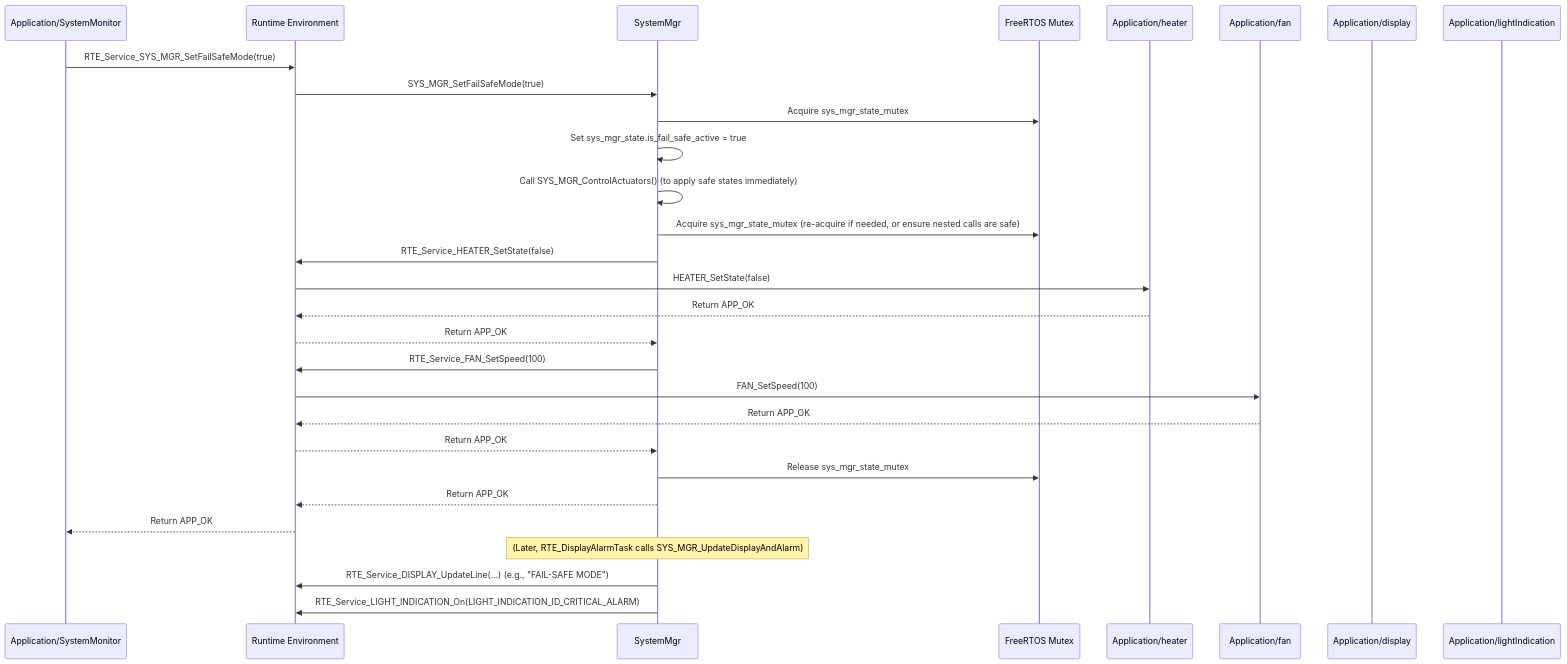
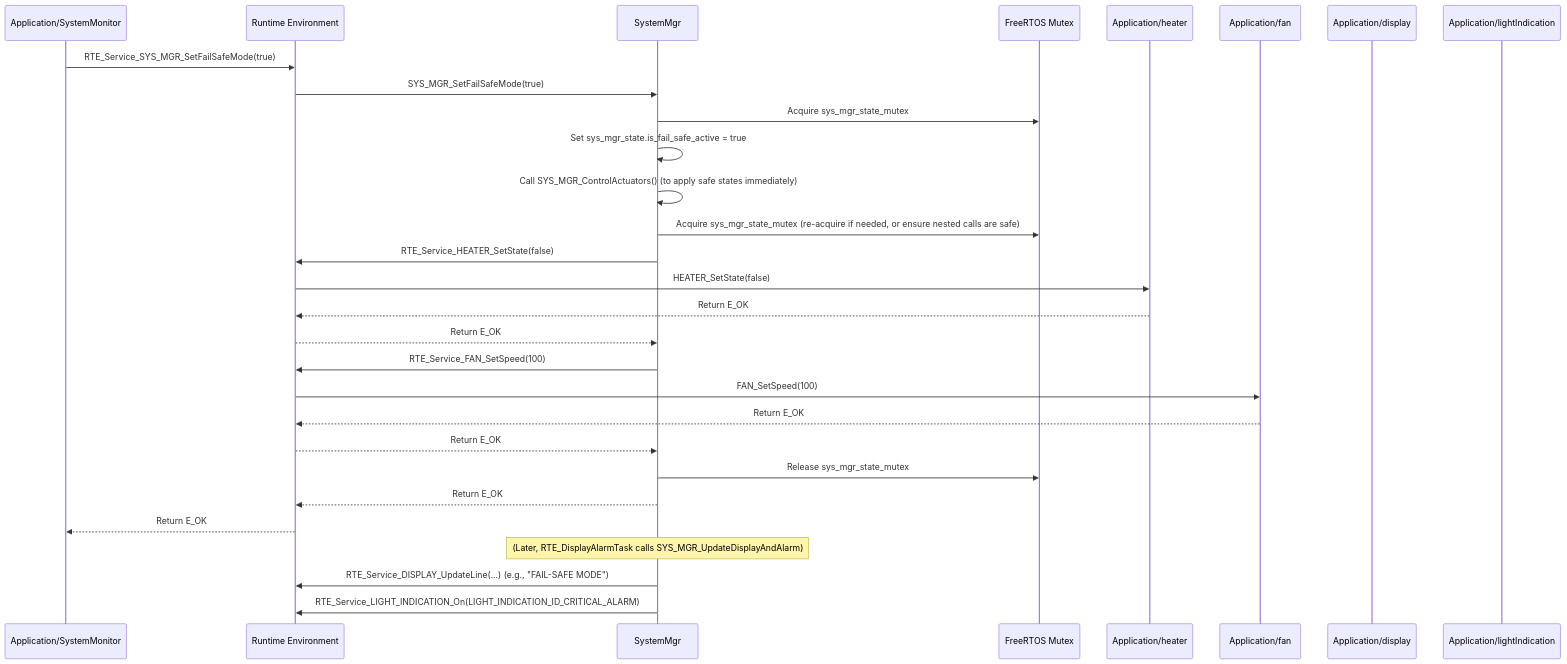
One commit to ashaker-2/Platform changed the diagram in Requiremets/Design/Application/SystemMgr.md. Above: the diagram before and after it, drawn with Mermaid. The commit also changed other lines of this file and 716 other files, not shown here.

````diff
--- a/Requiremets/Design/Application/SystemMgr.md
+++ b/Requiremets/Design/Application/SystemMgr.md
@@ -297,33 +297,33 @@
 ```mermaid
 sequenceDiagram  
     participant SystemMonitor as Application/SystemMonitor  
     participant RTE as Runtime Environment  
     participant SystemMgr as SystemMgr  
     participant SystemMgrMutex as FreeRTOS Mutex  
     participant Heater as Application/heater  
     participant Fan as Application/fan  
     participant Display as Application/display  
     participant LightIndication as Application/lightIndication
 
     SystemMonitor->>RTE: RTE_Service_SYS_MGR_SetFailSafeMode(true)  
     RTE->>SystemMgr: SYS_MGR_SetFailSafeMode(true)  
     SystemMgr->>SystemMgrMutex: Acquire sys_mgr_state_mutex  
     SystemMgr->>SystemMgr: Set sys_mgr_state.is_fail_safe_active = true  
     SystemMgr->>SystemMgr: Call SYS_MGR_ControlActuators() (to apply safe states immediately)  
     SystemMgr->>SystemMgrMutex: Acquire sys_mgr_state_mutex (re-acquire if needed, or ensure nested calls are safe)  
     SystemMgr->>RTE: RTE_Service_HEATER_SetState(false)  
     RTE->>Heater: HEATER_SetState(false)  
-    Heater-->>RTE: Return APP_OK  
-    RTE-->>SystemMgr: Return APP_OK  
+    Heater-->>RTE: Return E_OK  
+    RTE-->>SystemMgr: Return E_OK  
     SystemMgr->>RTE: RTE_Service_FAN_SetSpeed(100)  
     RTE->>Fan: FAN_SetSpeed(100)  
-    Fan-->>RTE: Return APP_OK  
-    RTE-->>SystemMgr: Return APP_OK  
+    Fan-->>RTE: Return E_OK  
+    RTE-->>SystemMgr: Return E_OK  
     % ... other actuators to safe state ...  
     SystemMgr->>SystemMgrMutex: Release sys_mgr_state_mutex  
-    SystemMgr-->>RTE: Return APP_OK  
-    RTE-->>SystemMonitor: Return APP_OK  
+    SystemMgr-->>RTE: Return E_OK  
+    RTE-->>SystemMonitor: Return E_OK  
     Note over SystemMgr: (Later, RTE_DisplayAlarmTask calls SYS_MGR_UpdateDisplayAndAlarm)  
     SystemMgr->>RTE: RTE_Service_DISPLAY_UpdateLine(...) (e.g., "FAIL-SAFE MODE")  
     SystemMgr->>RTE: RTE_Service_LIGHT_INDICATION_On(LIGHT_INDICATION_ID_CRITICAL_ALARM)
 ```
````
